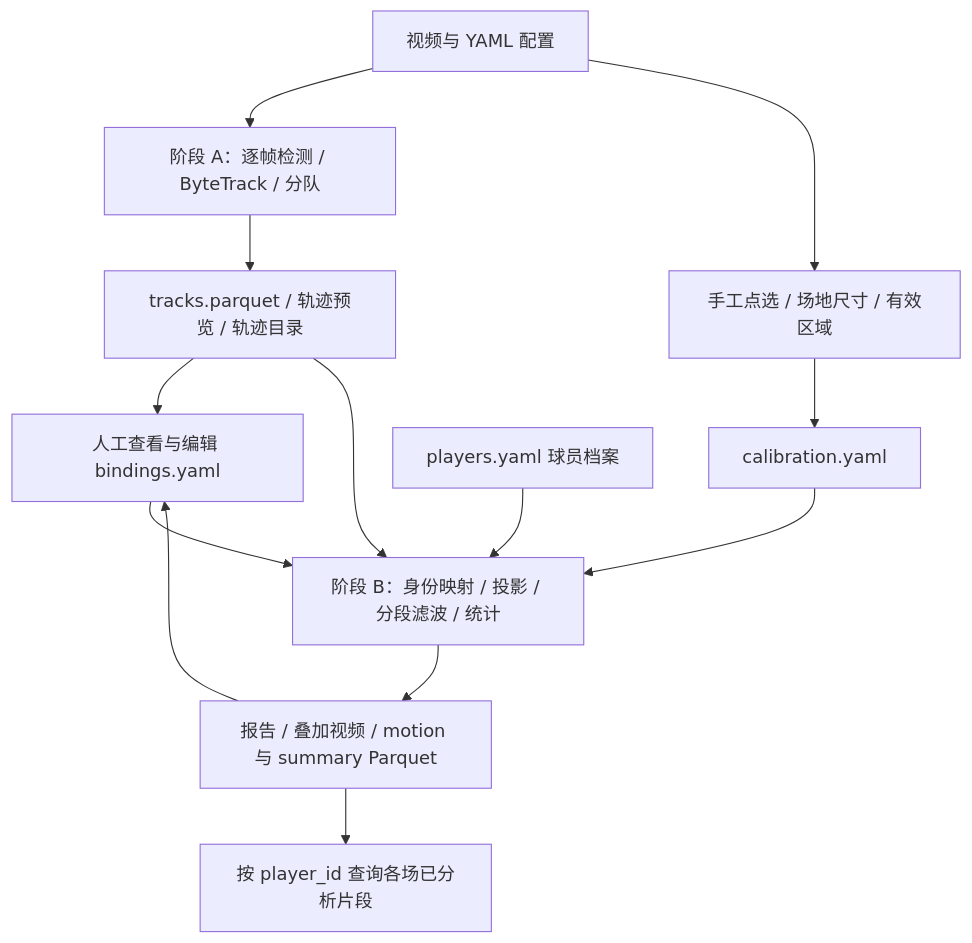
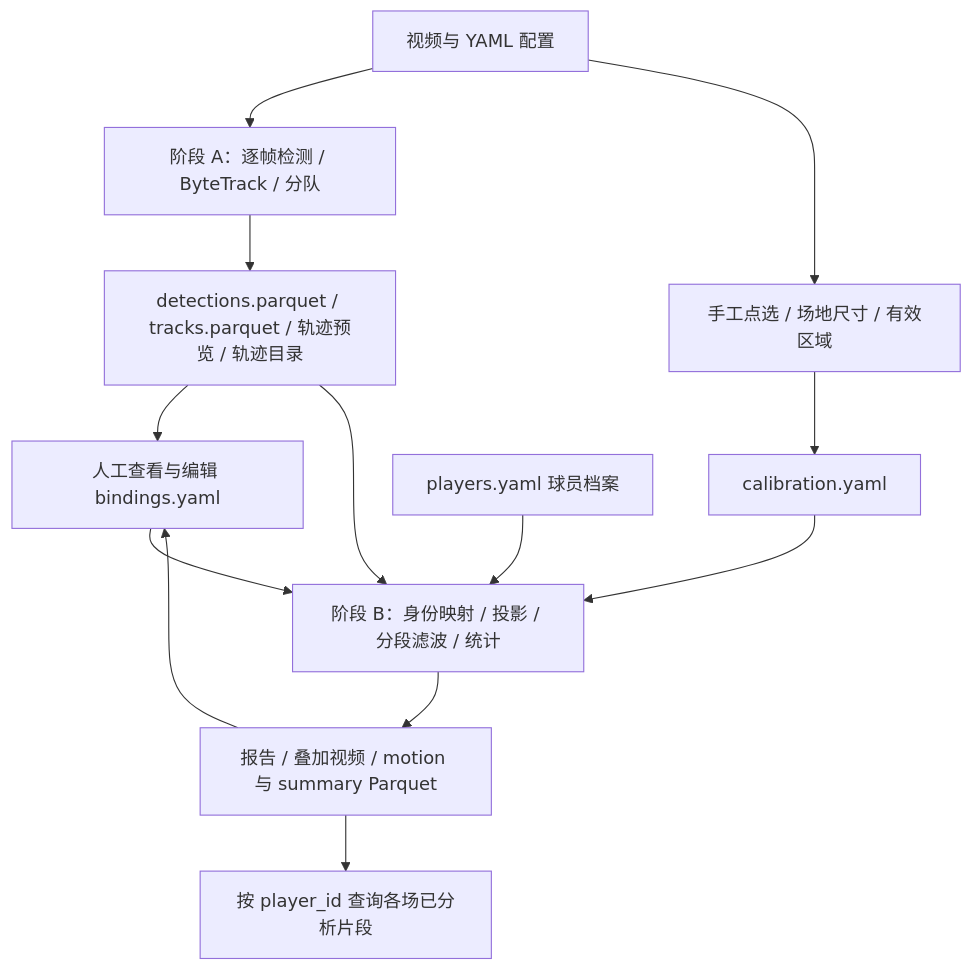
Before and after one commit to JXC-jin/Footballer-Analyzer: the first of 5 diagrams in docs/07-架构设计与最小闭环.md, drawn with Mermaid. The commit also changed other lines of this file and 6 other files, not shown here.

````diff
--- a/docs/07-架构设计与最小闭环.md
+++ b/docs/07-架构设计与最小闭环.md
@@ -24,15 +24,15 @@
 ```mermaid
 flowchart TD
     Video[视频与 YAML 配置] --> Track[阶段 A：逐帧检测 / ByteTrack / 分队]
-    Track --> Cache[tracks.parquet / 轨迹预览 / 轨迹目录]
+    Track --> Cache[detections.parquet / tracks.parquet / 轨迹预览 / 轨迹目录]
     Cache --> Review[人工查看与编辑 bindings.yaml]
     Video --> Calibrate[手工点选 / 场地尺寸 / 有效区域]
     Calibrate --> Calibration[calibration.yaml]
     Cache --> Report[阶段 B：身份映射 / 投影 / 分段滤波 / 统计]
     Review --> Report
     Calibration --> Report
     Players[players.yaml 球员档案] --> Report
     Report --> Output[报告 / 叠加视频 / motion 与 summary Parquet]
     Output --> Review
     Output --> History[按 player_id 查询各场已分析片段]
 ```
````
